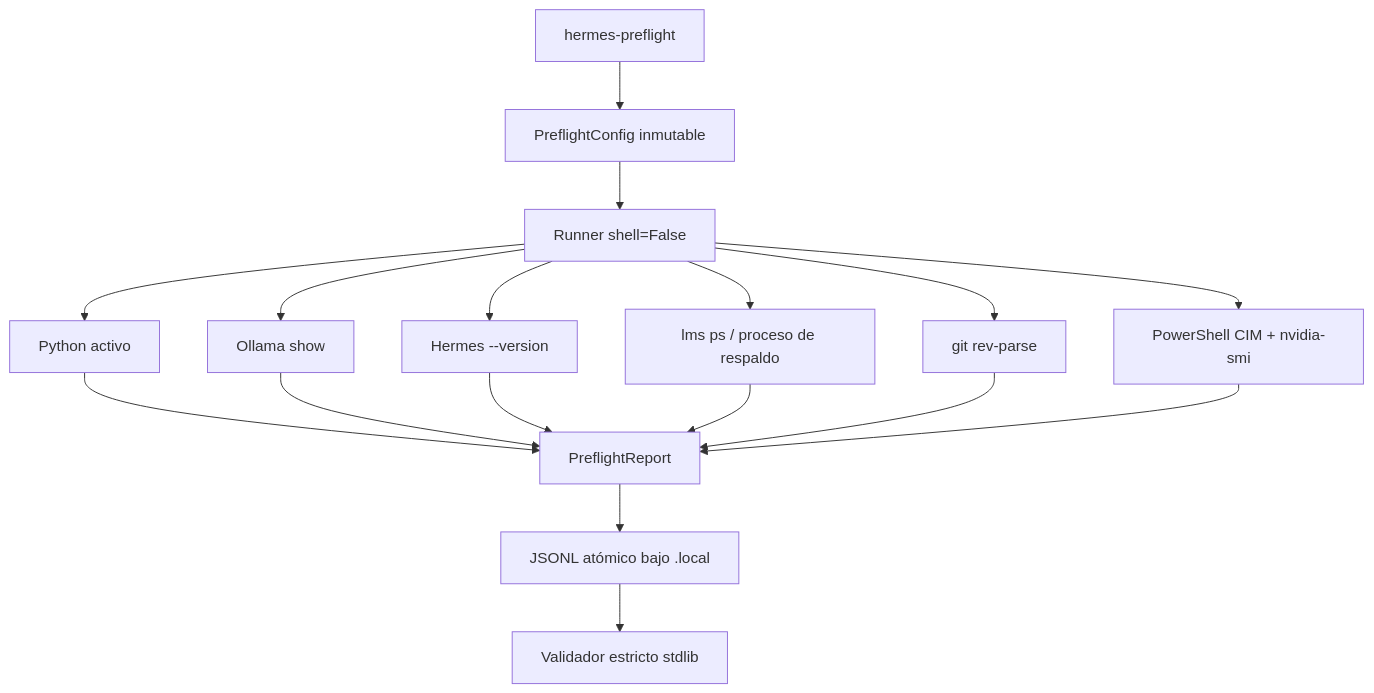
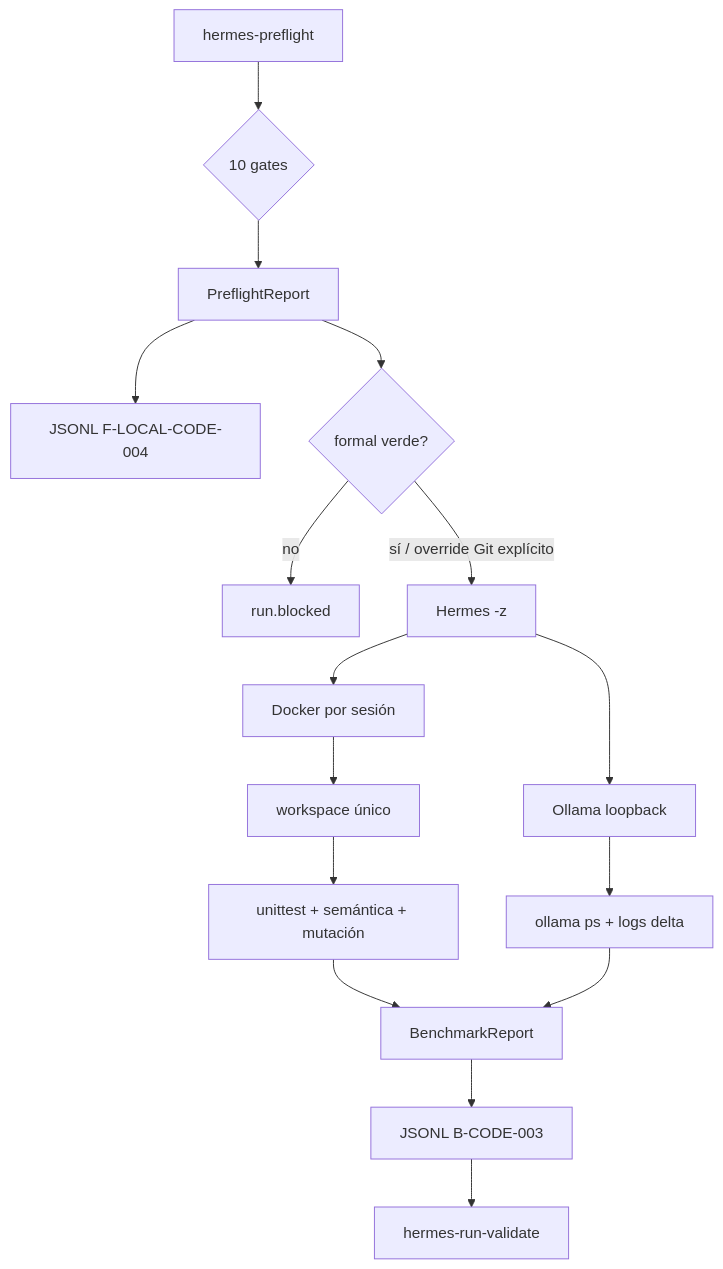
Before and after one commit to Cristrva1/BL_Loops: the diagram in 14-local-code-hermes/docs/humano/ARCHITECTURE.md, drawn with Mermaid. The commit also changed other lines of this file and 89 other files, not shown here.

Commit message:
feat: expand curator research and Hermes benchmark

````diff
--- a/14-local-code-hermes/docs/humano/ARCHITECTURE.md
+++ b/14-local-code-hermes/docs/humano/ARCHITECTURE.md
@@ -5,19 +5,18 @@
 ```mermaid
 flowchart TB
-    CLI[hermes-preflight] --> CFG[PreflightConfig inmutable]
-    CFG --> RUN[Runner shell=False]
-    RUN --> PY[Python activo]
-    RUN --> OL[Ollama show]
-    RUN --> HE[Hermes --version]
-    RUN --> LM[lms ps / proceso de respaldo]
-    RUN --> GI[git rev-parse]
-    RUN --> HW[PowerShell CIM + nvidia-smi]
-    PY --> REP[PreflightReport]
-    OL --> REP
-    HE --> REP
-    LM --> REP
-    GI --> REP
-    HW --> REP
-    REP --> JL[JSONL atómico bajo .local]
-    JL --> VAL[Validador estricto stdlib]
+    P[hermes-preflight] --> G{10 gates}
+    G --> PF[PreflightReport]
+    PF --> PJ[JSONL F-LOCAL-CODE-004]
+    PF --> E{formal verde?}
+    E -->|no| B[run.blocked]
+    E -->|sí / override Git explícito| H[Hermes -z]
+    H --> O[Ollama loopback]
+    H --> D[Docker por sesión]
+    D --> W[workspace único]
+    W --> T[unittest + semántica + mutación]
+    O --> R[ollama ps + logs delta]
+    T --> Q[BenchmarkReport]
+    R --> Q
+    Q --> BJ[JSONL B-CODE-003]
+    BJ --> V[hermes-run-validate]
 ```
````
